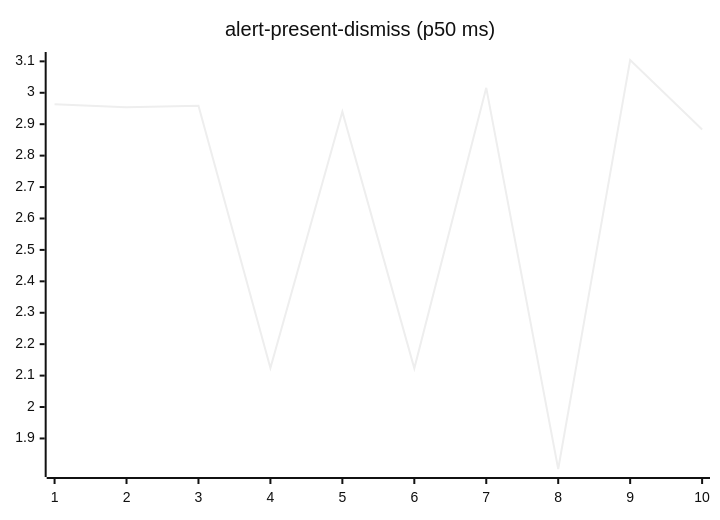
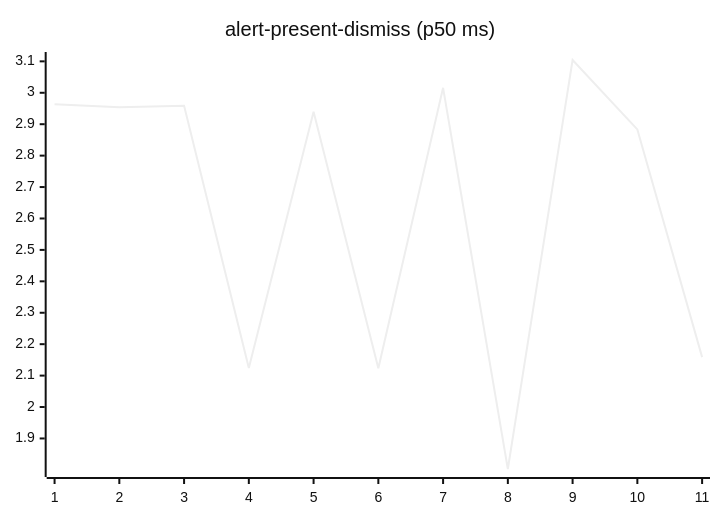
One commit to josha/Facet changed the second of 27 diagrams in README.md. Above: the diagram before and after it, drawn with Mermaid (neutral theme). The commit also changed other lines of this file and 2 other files, not shown here.

````diff
--- a/README.md
+++ b/README.md
@@ -70,6 +70,6 @@
 ```mermaid
 xychart-beta
     title "alert-present-dismiss (p50 ms)"
-    x-axis 1 --> 10
-    line [2.9632, 2.9538, 2.9589, 2.1244, 2.9396, 2.1232, 3.0157, 1.8028, 3.1043, 2.8834]
+    x-axis 1 --> 11
+    line [2.9632, 2.9538, 2.9589, 2.1244, 2.9396, 2.1232, 3.0157, 1.8028, 3.1043, 2.8834, 2.1588]
 ```
````
